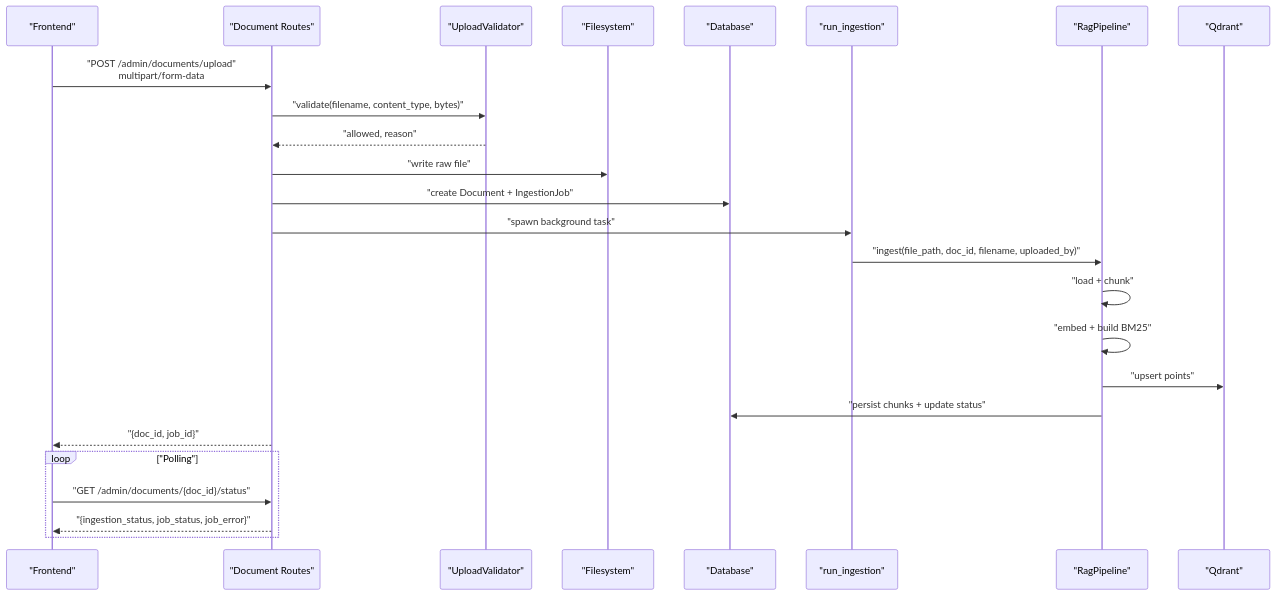
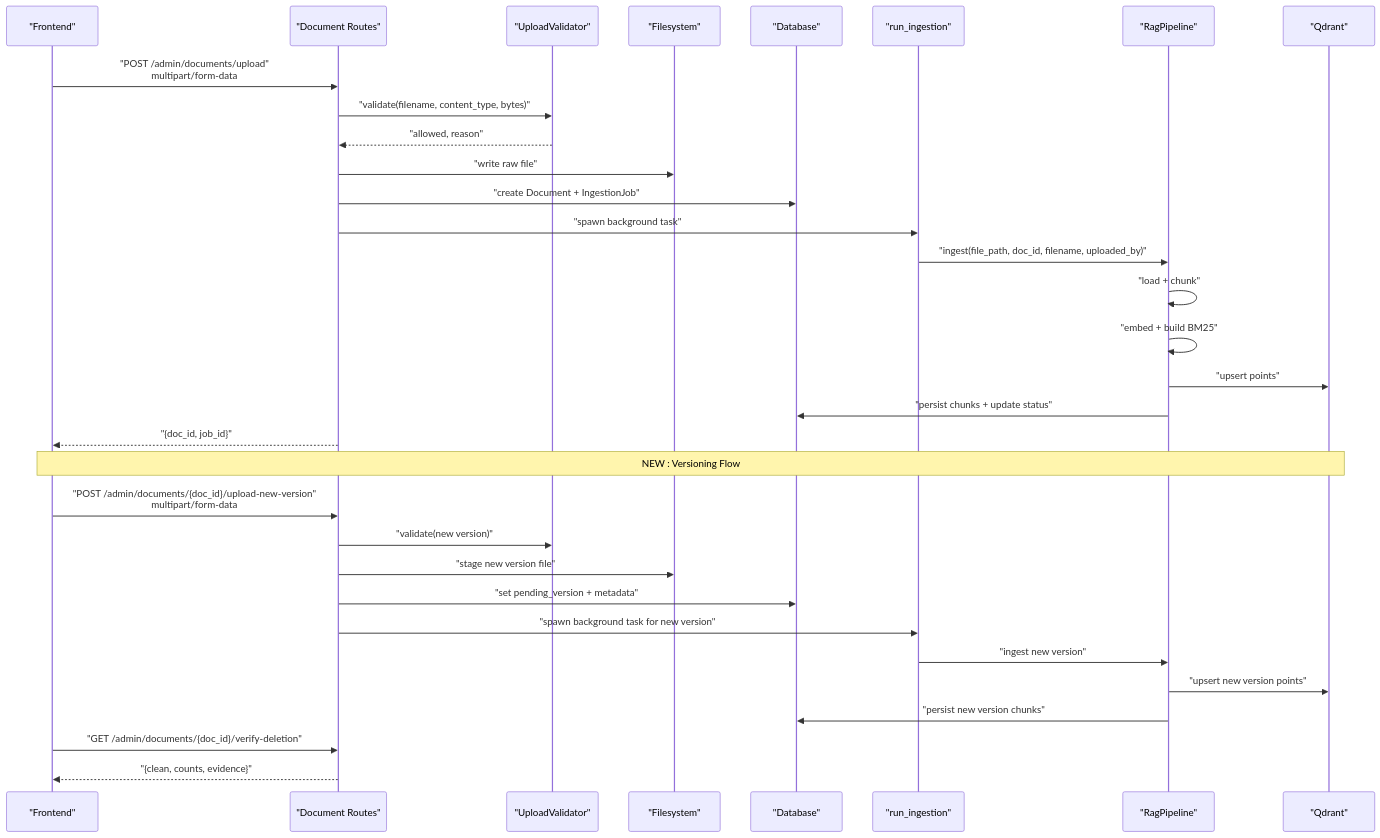
One commit to genes8/private-ai changed the second of 5 diagrams in .qoder/repowiki/en/content/API Reference/Administrative API/Document Management API.md. Above: the diagram before and after it, drawn with Mermaid. The commit also changed other lines of this file and 36 other files, not shown here.

````diff
--- a/.qoder/repowiki/en/content/API Reference/Administrative API/Document Management API.md
+++ b/.qoder/repowiki/en/content/API Reference/Administrative API/Document Management API.md
@@ -131,27 +157,34 @@
 ```mermaid
 sequenceDiagram
 participant FE as "Frontend"
 participant API as "Document Routes"
 participant VAL as "UploadValidator"
 participant FS as "Filesystem"
 participant DB as "Database"
 participant BG as "run_ingestion"
 participant PIPE as "RagPipeline"
 participant QD as "Qdrant"
 FE->>API : "POST /admin/documents/upload"<br/>multipart/form-data
 API->>VAL : "validate(filename, content_type, bytes)"
 VAL-->>API : "allowed, reason"
 API->>FS : "write raw file"
 API->>DB : "create Document + IngestionJob"
 API->>BG : "spawn background task"
 BG->>PIPE : "ingest(file_path, doc_id, filename, uploaded_by)"
 PIPE->>PIPE : "load + chunk"
 PIPE->>PIPE : "embed + build BM25"
 PIPE->>QD : "upsert points"
 PIPE->>DB : "persist chunks + update status"
 API-->>FE : "{doc_id, job_id}"
-loop "Polling"
-FE->>API : "GET /admin/documents/{doc_id}/status"
-API-->>FE : "{ingestion_status, job_status, job_error}"
-end
+Note over FE,QD : NEW : Versioning Flow
+FE->>API : "POST /admin/documents/{doc_id}/upload-new-version"<br/>multipart/form-data
+API->>VAL : "validate(new version)"
+API->>FS : "stage new version file"
+API->>DB : "set pending_version + metadata"
+API->>BG : "spawn background task for new version"
+BG->>PIPE : "ingest new version"
+PIPE->>QD : "upsert new version points"
+PIPE->>DB : "persist new version chunks"
+FE->>API : "GET /admin/documents/{doc_id}/verify-deletion"
+API-->>FE : "{clean, counts, evidence}"
 ```
````
